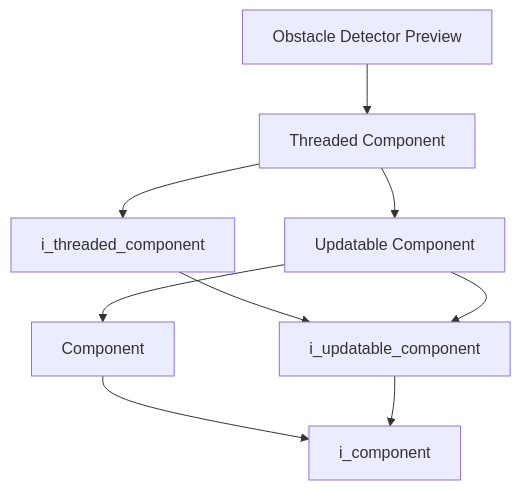
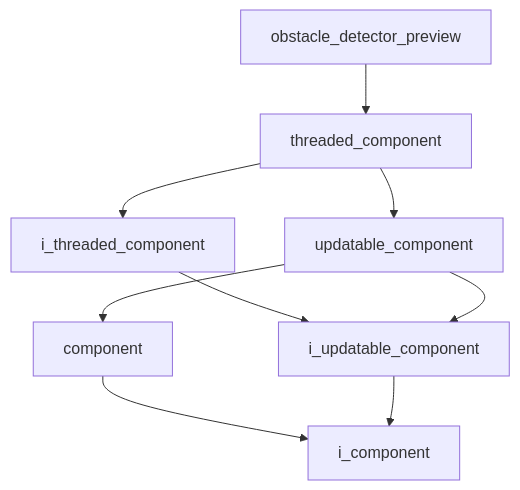
The first of 2 diagrams in docs/codebase/namespaces/vision/implementation/previews/obstacle_detector_preview.md (kasper-szczerba/autonomous_control_system_wiki), drawn with Mermaid before and after one commit. The commit also changed other lines of this file and 41 other files, not shown here.

````diff
--- a/docs/codebase/namespaces/vision/implementation/previews/obstacle_detector_preview.md
+++ b/docs/codebase/namespaces/vision/implementation/previews/obstacle_detector_preview.md
@@ -15,12 +15,12 @@
 ```mermaid
 graph TD
-    obstacle_detector_preview["Obstacle Detector Preview"]
-    component["Component"] --> i_component["i_component"]
+    obstacle_detector_preview["obstacle_detector_preview"]
+    component["component"] --> i_component["i_component"]
     i_threaded_component["i_threaded_component"] --> i_updatable_component["i_updatable_component"]
     i_updatable_component["i_updatable_component"] --> i_component["i_component"]
-    obstacle_detector_preview["Obstacle Detector Preview"] --> threaded_component["Threaded Component"]
-    threaded_component["Threaded Component"] --> i_threaded_component["i_threaded_component"]
-    threaded_component["Threaded Component"] --> updatable_component["Updatable Component"]
-    updatable_component["Updatable Component"] --> component["Component"]
-    updatable_component["Updatable Component"] --> i_updatable_component["i_updatable_component"]
+    obstacle_detector_preview["obstacle_detector_preview"] --> threaded_component["threaded_component"]
+    threaded_component["threaded_component"] --> i_threaded_component["i_threaded_component"]
+    threaded_component["threaded_component"] --> updatable_component["updatable_component"]
+    updatable_component["updatable_component"] --> component["component"]
+    updatable_component["updatable_component"] --> i_updatable_component["i_updatable_component"]
 ```
````
